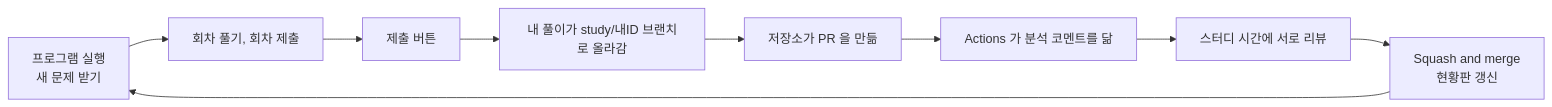
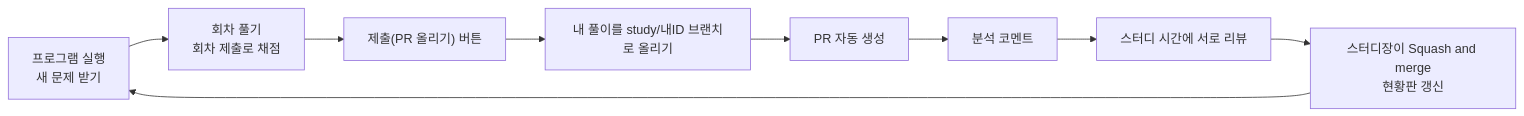
Before and after one commit to WaterMinCho/rokey-python-study: the first of 2 diagrams in docs/GIT_GUIDE.md, drawn with Mermaid. The commit also changed other lines of this file and 5 other files, not shown here.

````diff
--- a/docs/GIT_GUIDE.md
+++ b/docs/GIT_GUIDE.md
@@ -5,11 +22,11 @@
 ```mermaid
 flowchart LR
-    A[프로그램 실행<br/>새 문제 받기] --> B[회차 풀기, 회차 제출]
-    B --> C[제출 버튼]
-    C --> D[내 풀이가 study/내ID 브랜치로 올라감]
-    D --> E[저장소가 PR 을 만듦]
-    E --> F[Actions 가 분석 코멘트를 닮]
+    A[프로그램 실행<br/>새 문제 받기] --> B[회차 풀기<br/>회차 제출로 채점]
+    B --> C["제출(PR 올리기) 버튼"]
+    C --> D[내 풀이를 study/내ID 브랜치로 올리기]
+    D --> E[PR 자동 생성]
+    E --> F[분석 코멘트]
     F --> G[스터디 시간에 서로 리뷰]
-    G --> H[Squash and merge<br/>현황판 갱신]
+    G --> H[스터디장이 Squash and merge<br/>현황판 갱신]
     H --> A
 ```
````
